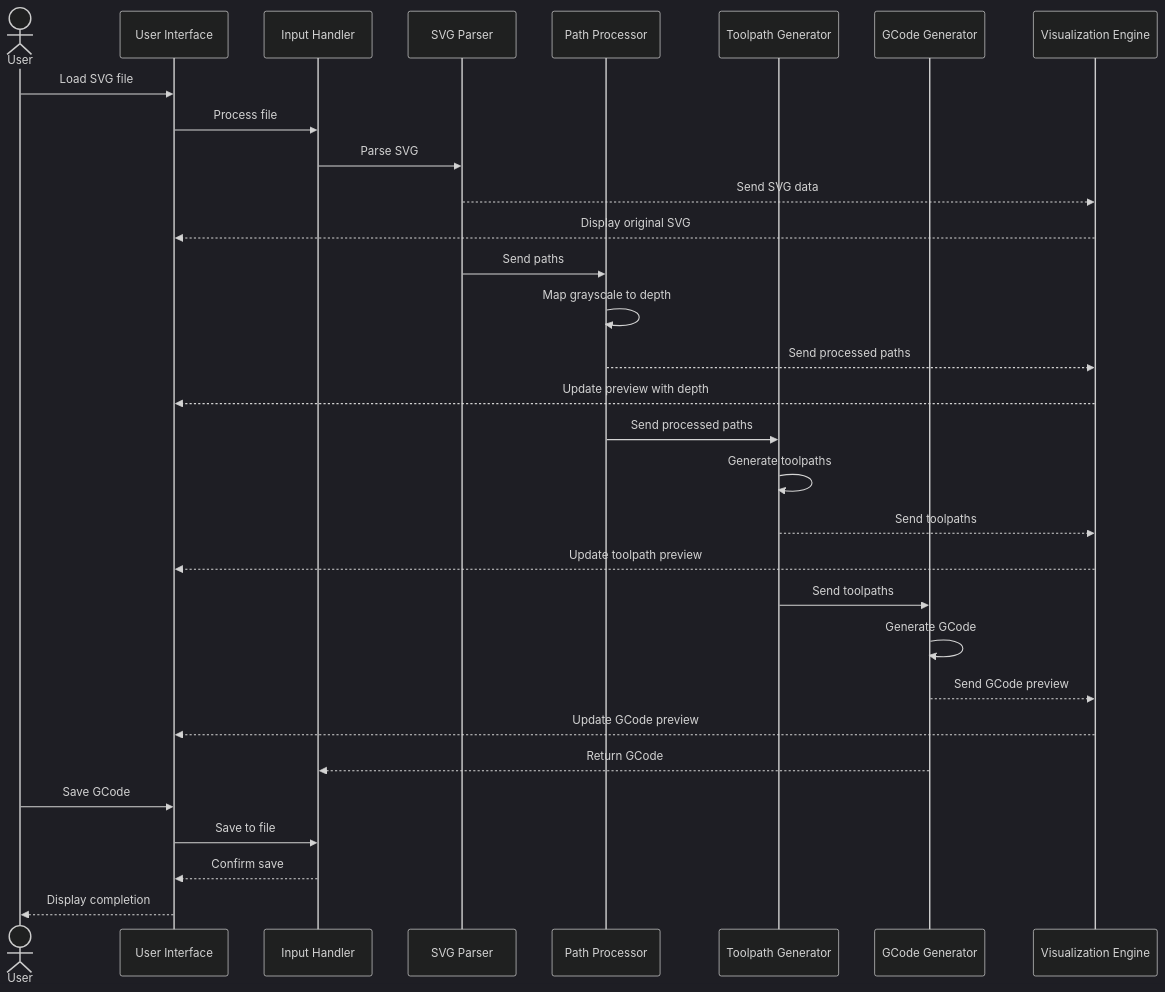
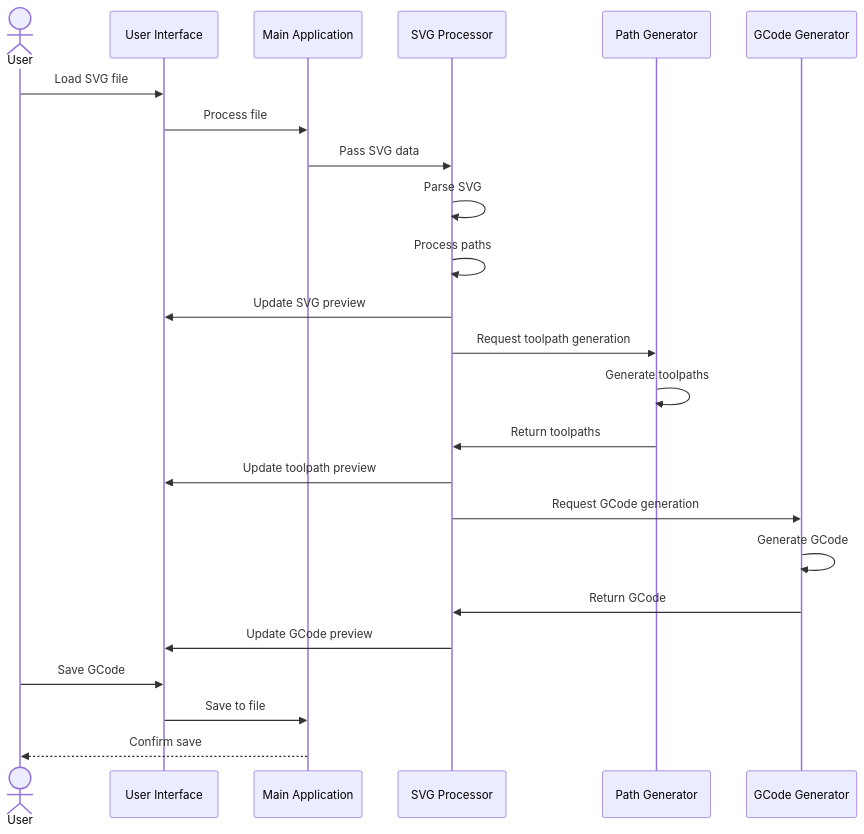
One commit to paulkrix/svgtogcode changed the third of 3 diagrams in docs/architecture_design.md. Above: the diagram before and after it, drawn with Mermaid. The commit also changed other lines of this file and 35 other files, not shown here.

Commit message:
Fix teardrop path processing in SVG to GCode conversion

````diff
--- a/docs/architecture_design.md
+++ b/docs/architecture_design.md
@@ -243,39 +199,31 @@
 ```mermaid
-%%{init: {'theme': 'dark'}}%%
 sequenceDiagram
     actor User
     participant UI as User Interface
-    participant IH as Input Handler
-    participant SP as SVG Parser
-    participant PP as Path Processor
-    participant TG as Toolpath Generator
+    participant App as Main Application
+    participant SVG as SVG Processor
+    participant PG as Path Generator
     participant GG as GCode Generator
-    participant VE as Visualization Engine
     
     User->>UI: Load SVG file
-    UI->>IH: Process file
-    IH->>SP: Parse SVG
-    SP-->>VE: Send SVG data
-    VE-->>UI: Display original SVG
-    SP->>PP: Send paths
+    UI->>App: Process file
+    App->>SVG: Pass SVG data
     
-    PP->>PP: Map grayscale to depth
-    PP-->>VE: Send processed paths
-    VE-->>UI: Update preview with depth
-    PP->>TG: Send processed paths
+    SVG->>SVG: Parse SVG
+    SVG->>SVG: Process paths
+    SVG->>UI: Update SVG preview
     
-    TG->>TG: Generate toolpaths
-    TG-->>VE: Send toolpaths
-    VE-->>UI: Update toolpath preview
-    TG->>GG: Send toolpaths
+    SVG->>PG: Request toolpath generation
+    PG->>PG: Generate toolpaths
+    PG->>SVG: Return toolpaths
+    SVG->>UI: Update toolpath preview
     
+    SVG->>GG: Request GCode generation
     GG->>GG: Generate GCode
-    GG-->>VE: Send GCode preview
-    VE-->>UI: Update GCode preview
-    GG-->>IH: Return GCode
+    GG->>SVG: Return GCode
+    SVG->>UI: Update GCode preview
     
     User->>UI: Save GCode
-    UI->>IH: Save to file
-    IH-->>UI: Confirm save
-    UI-->>User: Display completion
+    UI->>App: Save to file
+    App-->>User: Confirm save
 ```
````
